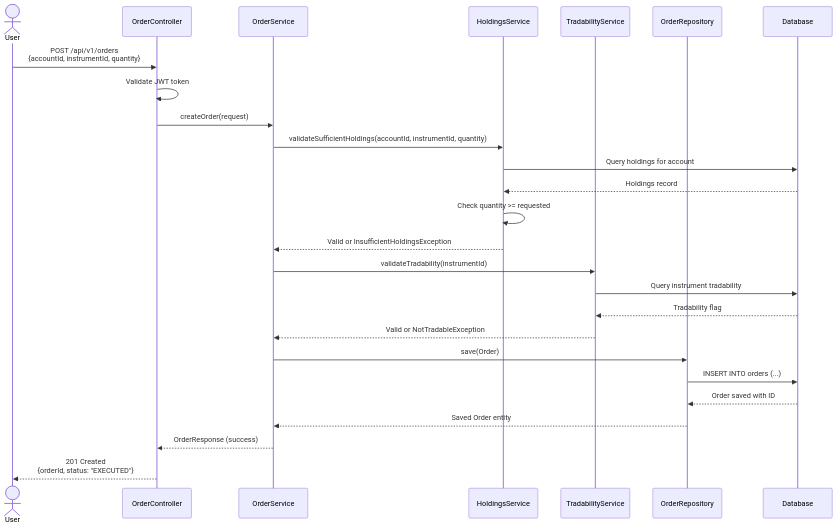
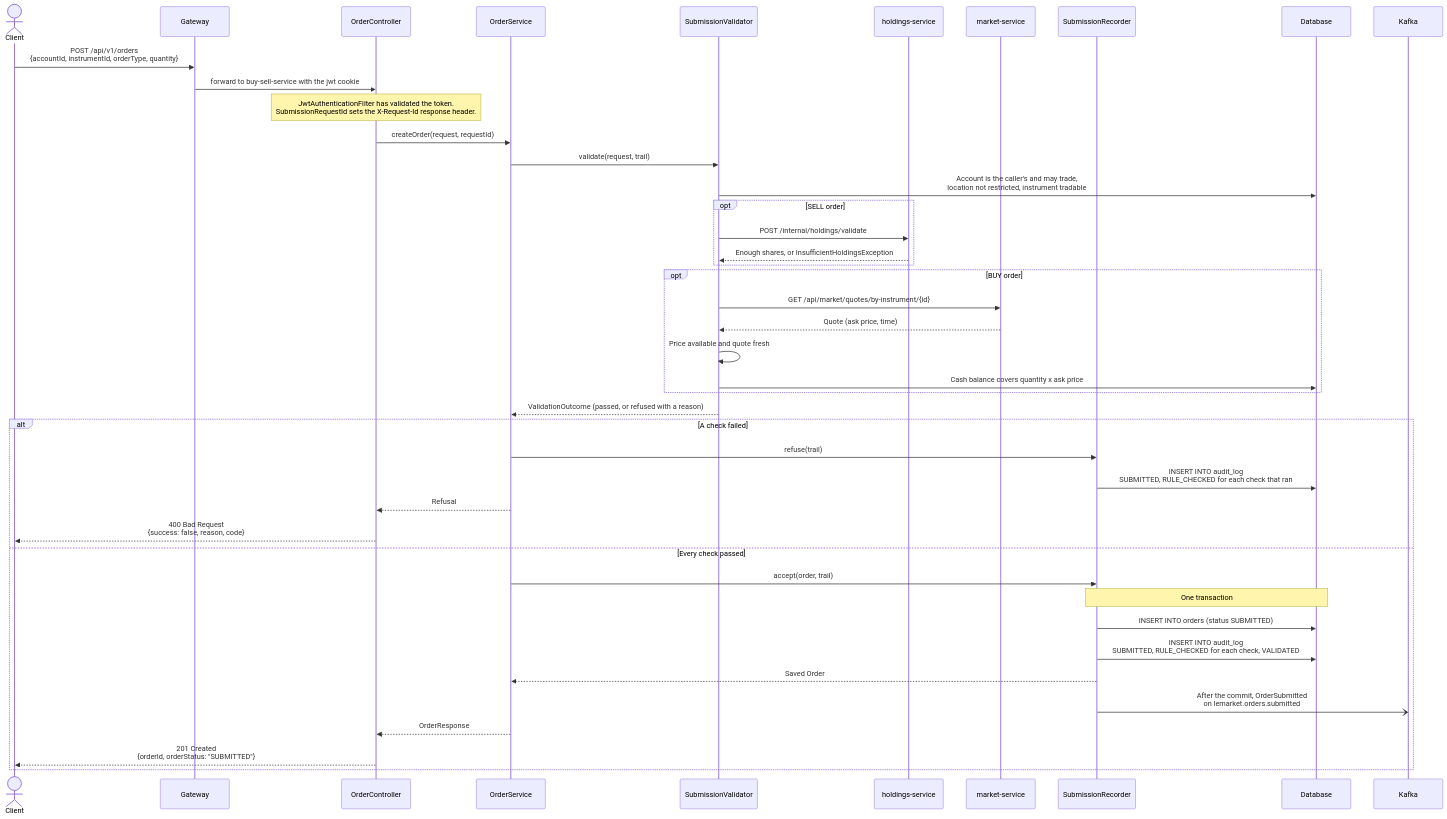
The fourth of 5 diagrams in README.md (aditya0774/LeMarketJames), drawn with Mermaid before and after one commit. The commit also changed other lines of this file, not shown here.

Commit message:
updated README architecture and UML diagrams

````diff
--- a/README.md
+++ b/README.md
@@ -1064,33 +1327,48 @@
 ```mermaid
 sequenceDiagram
-    actor User
+    actor Client
+    participant Gateway
     participant OrderController
     participant OrderService
-    participant HoldingsService
-    participant TradabilityService
-    participant OrderRepository
+    participant SubmissionValidator
+    participant Holdings as holdings-service
+    participant Market as market-service
+    participant SubmissionRecorder
     participant Database
+    participant Kafka
 
-    User->>OrderController: POST /api/v1/orders<br/>{accountId, instrumentId, quantity}
-    OrderController->>OrderController: Validate JWT token
-    OrderController->>OrderService: createOrder(request)
-    
-    OrderService->>HoldingsService: validateSufficientHoldings(accountId, instrumentId, quantity)
-    HoldingsService->>Database: Query holdings for account
-    Database-->>HoldingsService: Holdings record
-    HoldingsService->>HoldingsService: Check quantity >= requested
-    HoldingsService-->>OrderService: Valid or InsufficientHoldingsException
-    
-    OrderService->>TradabilityService: validateTradability(instrumentId)
-    TradabilityService->>Database: Query instrument tradability
-    Database-->>TradabilityService: Tradability flag
-    TradabilityService-->>OrderService: Valid or NotTradableException
-    
-    OrderService->>OrderRepository: save(Order)
-    OrderRepository->>Database: INSERT INTO orders (...)
-    Database-->>OrderRepository: Order saved with ID
-    OrderRepository-->>OrderService: Saved Order entity
-    
-    OrderService-->>OrderController: OrderResponse (success)
-    OrderController-->>User: 201 Created<br/>{orderId, status: "EXECUTED"}
+    Client->>Gateway: POST /api/v1/orders<br/>{accountId, instrumentId, orderType, quantity}
+    Gateway->>OrderController: forward to buy-sell-service with the jwt cookie
+    Note over OrderController: JwtAuthenticationFilter has validated the token.<br/>SubmissionRequestId sets the X-Request-Id response header.
+    OrderController->>OrderService: createOrder(request, requestId)
+    OrderService->>SubmissionValidator: validate(request, trail)
+
+    SubmissionValidator->>Database: Account is the caller's and may trade,<br/>location not restricted, instrument tradable
+    opt SELL order
+        SubmissionValidator->>Holdings: POST /internal/holdings/validate
+        Holdings-->>SubmissionValidator: Enough shares, or InsufficientHoldingsException
+    end
+    opt BUY order
+        SubmissionValidator->>Market: GET /api/market/quotes/by-instrument/{id}
+        Market-->>SubmissionValidator: Quote (ask price, time)
+        SubmissionValidator->>SubmissionValidator: Price available and quote fresh
+        SubmissionValidator->>Database: Cash balance covers quantity x ask price
+    end
+    SubmissionValidator-->>OrderService: ValidationOutcome (passed, or refused with a reason)
+
+    alt A check failed
+        OrderService->>SubmissionRecorder: refuse(trail)
+        SubmissionRecorder->>Database: INSERT INTO audit_log<br/>SUBMITTED, RULE_CHECKED for each check that ran
+        OrderService-->>OrderController: Refusal
+        OrderController-->>Client: 400 Bad Request<br/>{success: false, reason, code}
+    else Every check passed
+        OrderService->>SubmissionRecorder: accept(order, trail)
+        Note over SubmissionRecorder,Database: One transaction
+        SubmissionRecorder->>Database: INSERT INTO orders (status SUBMITTED)
+        SubmissionRecorder->>Database: INSERT INTO audit_log<br/>SUBMITTED, RULE_CHECKED for each check, VALIDATED
+        SubmissionRecorder-->>OrderService: Saved Order
+        SubmissionRecorder-)Kafka: After the commit, OrderSubmitted<br/>on lemarket.orders.submitted
+        OrderService-->>OrderController: OrderResponse
+        OrderController-->>Client: 201 Created<br/>{orderId, orderStatus: "SUBMITTED"}
+    end
 ```
````
